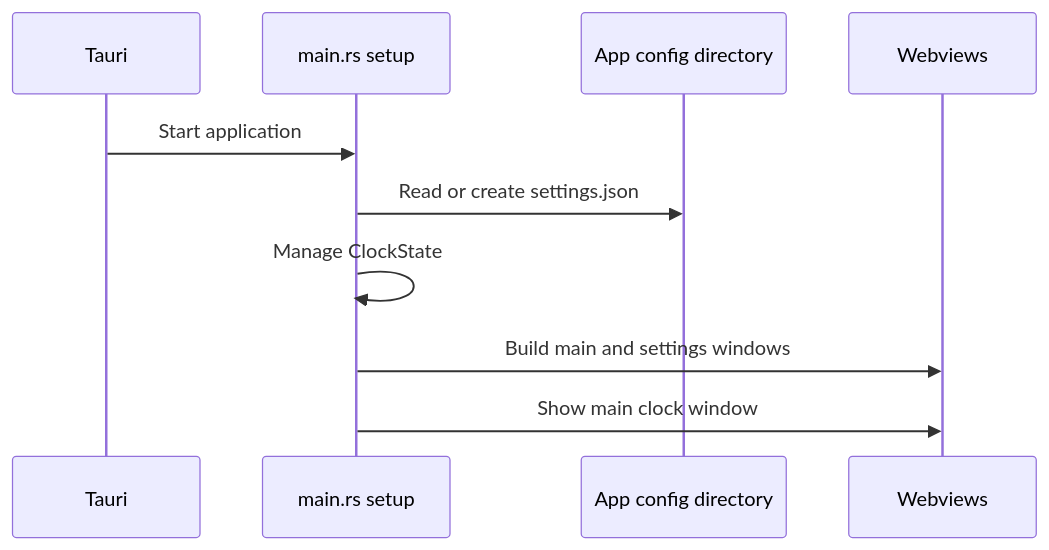
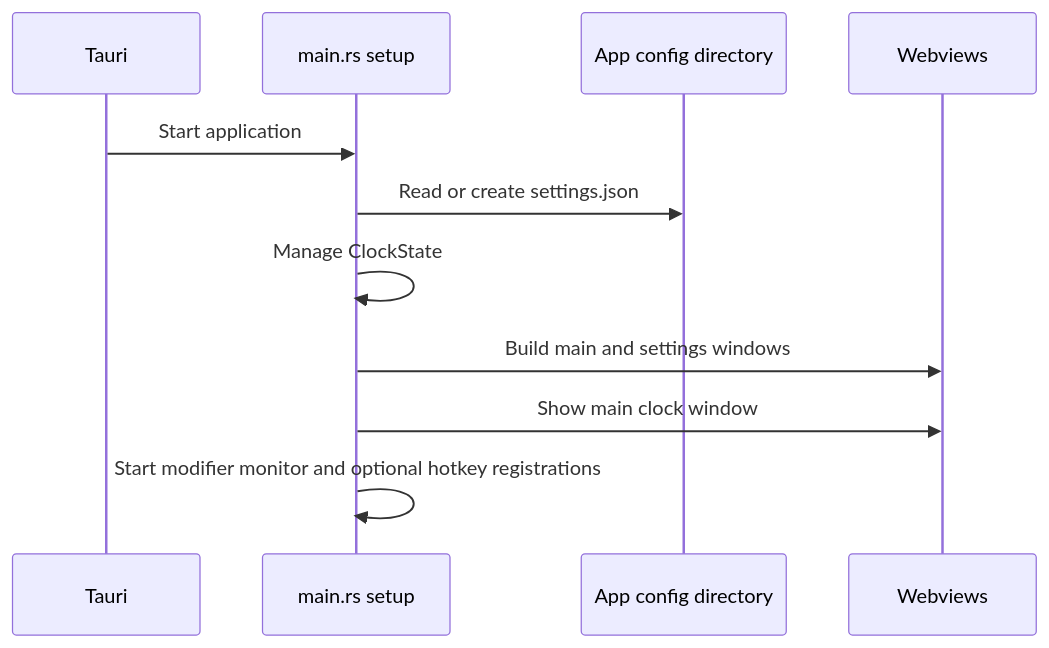
The second of 2 diagrams in src-tauri/doc/workflow_diagram.md (tbkmax/TopClock), drawn with Mermaid before and after one commit. The commit also changed other lines of this file and 27 other files, not shown here.

````diff
--- a/src-tauri/doc/workflow_diagram.md
+++ b/src-tauri/doc/workflow_diagram.md
@@ -27,12 +28,13 @@
 ```mermaid
 sequenceDiagram
     participant Tauri
     participant Rust as main.rs setup
     participant Disk as App config directory
     participant UI as Webviews
     Tauri->>Rust: Start application
     Rust->>Disk: Read or create settings.json
     Rust->>Rust: Manage ClockState
     Rust->>UI: Build main and settings windows
     Rust->>UI: Show main clock window
+    Rust->>Rust: Start modifier monitor and optional hotkey registrations
 ```
````
